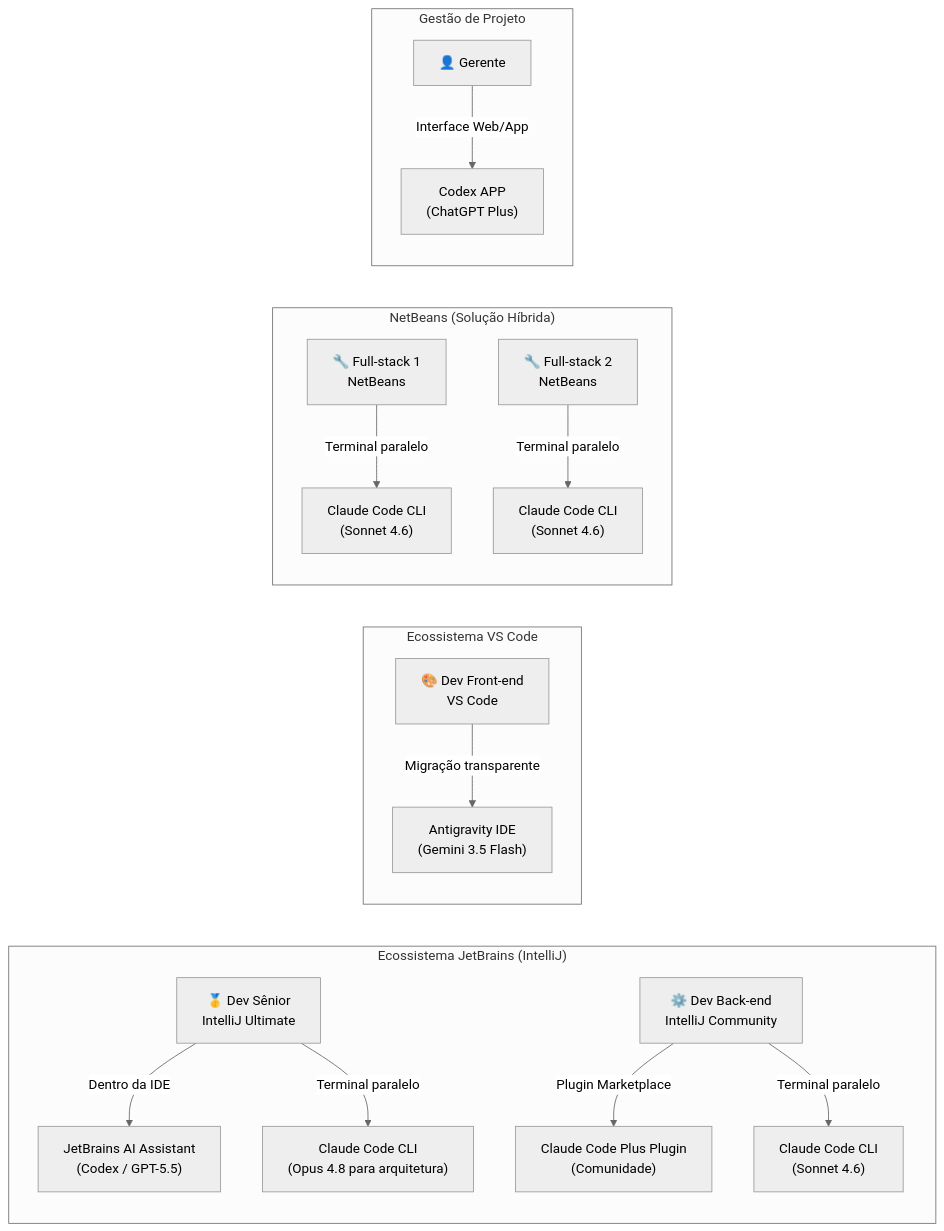
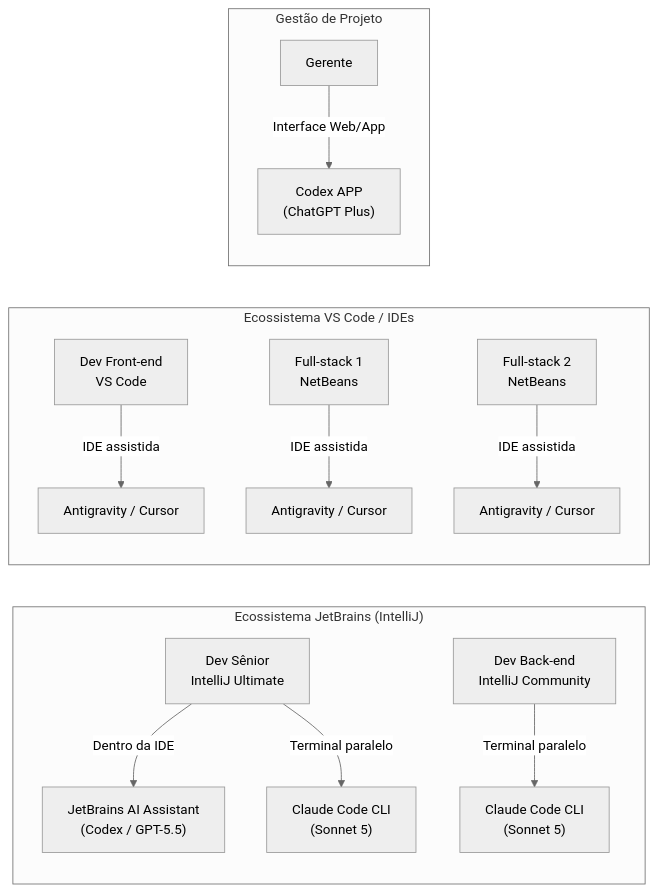
One commit to RodolfoGama0101/estudo-sobre-ia changed the seventh of 7 diagrams in pesquisa/resultados_pesquisa_ia_2026.md. Above: the diagram before and after it, drawn with Mermaid (neutral theme). The commit also changed other lines of this file and 6 other files, not shown here.

````diff
--- a/pesquisa/resultados_pesquisa_ia_2026.md
+++ b/pesquisa/resultados_pesquisa_ia_2026.md
@@ -501,22 +498,18 @@
 ```mermaid
 graph LR
-    subgraph JETBRAINS ["Ecossistema JetBrains (IntelliJ)"]
-        S["🥇 Dev Sênior\nIntelliJ Ultimate"] -->|"Dentro da IDE"| JBA["JetBrains AI Assistant\n(Codex / GPT-5.5)"]
-        S -->|"Terminal paralelo"| CC1["Claude Code CLI\n(Opus 4.8 para arquitetura)"]
-        BE["⚙️ Dev Back-end\nIntelliJ Community"] -->|"Plugin Marketplace"| CCP["Claude Code Plus Plugin\n(Comunidade)"]
-        BE -->|"Terminal paralelo"| CC2["Claude Code CLI\n(Sonnet 4.6)"]
-    end
+subgraph JETBRAINS ["Ecossistema JetBrains (IntelliJ)"]
+S[" Dev Sênior\nIntelliJ Ultimate"] -->|"Dentro da IDE"| JBA["JetBrains AI Assistant\n(Codex / GPT-5.5)"]
+S -->|"Terminal paralelo"| CC1["Claude Code CLI\n(Sonnet 5)"]
+BE[" Dev Back-end\nIntelliJ Community"] -->|"Terminal paralelo"| CC2["Claude Code CLI\n(Sonnet 5)"]
+end
 
-    subgraph VSCODE ["Ecossistema VS Code"]
-        FE["🎨 Dev Front-end\nVS Code"] -->|"Migração transparente"| AG["Antigravity IDE\n(Gemini 3.5 Flash)"]
-    end
+subgraph VSCODE ["Ecossistema VS Code / IDEs"]
+FE[" Dev Front-end\nVS Code"] -->|"IDE assistida"| AG["Antigravity / Cursor"]
+FS1[" Full-stack 1\nNetBeans"] -->|"IDE assistida"| AG1["Antigravity / Cursor"]
+FS2[" Full-stack 2\nNetBeans"] -->|"IDE assistida"| AG2["Antigravity / Cursor"]
+end
 
-    subgraph NETBEANS ["NetBeans (Solução Híbrida)"]
-        FS1["🔧 Full-stack 1\nNetBeans"] -->|"Terminal paralelo"| CC3["Claude Code CLI\n(Sonnet 4.6)"]
-        FS2["🔧 Full-stack 2\nNetBeans"] -->|"Terminal paralelo"| CC4["Claude Code CLI\n(Sonnet 4.6)"]
-    end
-
-    subgraph PM ["Gestão de Projeto"]
-        GP["👤 Gerente"] -->|"Interface Web/App"| CODEX_APP["Codex APP\n(ChatGPT Plus)"]
-    end
+subgraph PM ["Gestão de Projeto"]
+GP[" Gerente"] -->|"Interface Web/App"| CODEX_APP["Codex APP\n(ChatGPT Plus)"]
+end
 ```
````
